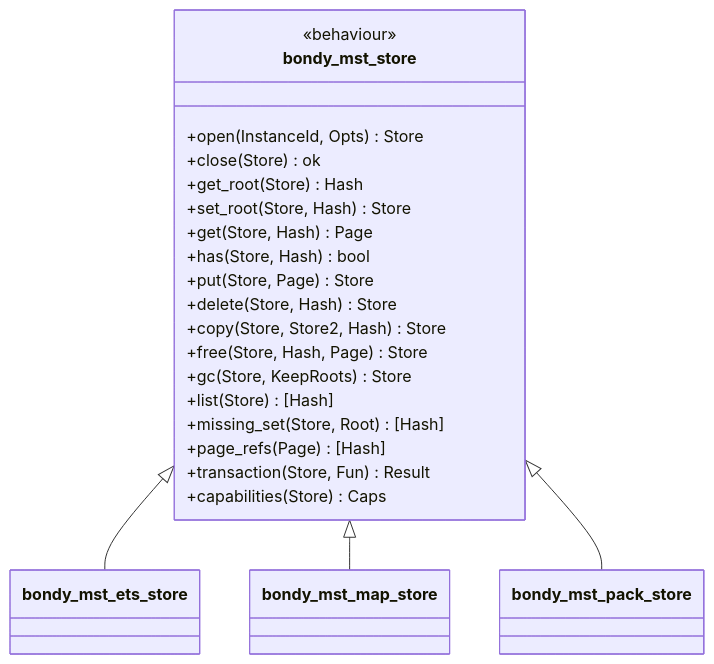
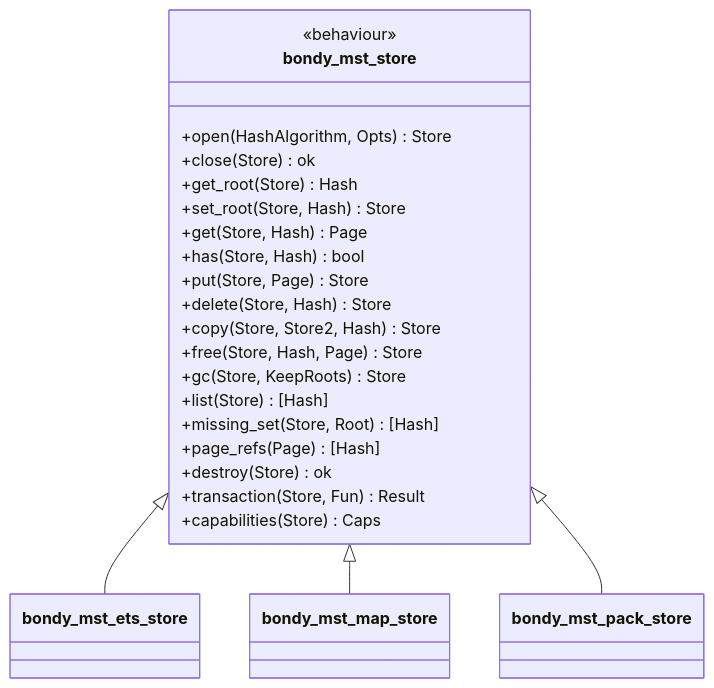
One commit to bondy-io/bondy_mst changed the second of 10 diagrams in doc_extras/architecture/02_bondy_mst.md. Above: the diagram before and after it, drawn with Mermaid. The commit also changed other lines of this file and 38 other files, not shown here.

Commit message:
add new CRDTs and document new architecture

````diff
--- a/doc_extras/architecture/02_bondy_mst.md
+++ b/doc_extras/architecture/02_bondy_mst.md
@@ -87,25 +87,26 @@
 ```mermaid
 classDiagram
     class bondy_mst_store {
       <<behaviour>>
-      +open(InstanceId, Opts) Store
+      +open(HashAlgorithm, Opts) Store
       +close(Store) ok
       +get_root(Store) Hash
       +set_root(Store, Hash) Store
       +get(Store, Hash) Page
       +has(Store, Hash) bool
       +put(Store, Page) Store
       +delete(Store, Hash) Store
       +copy(Store, Store2, Hash) Store
       +free(Store, Hash, Page) Store
       +gc(Store, KeepRoots) Store
       +list(Store) [Hash]
       +missing_set(Store, Root) [Hash]
       +page_refs(Page) [Hash]
+      +destroy(Store) ok
       +transaction(Store, Fun) Result
       +capabilities(Store) Caps
     }
     bondy_mst_store <|-- bondy_mst_ets_store
     bondy_mst_store <|-- bondy_mst_map_store
     bondy_mst_store <|-- bondy_mst_pack_store
 ```
````
